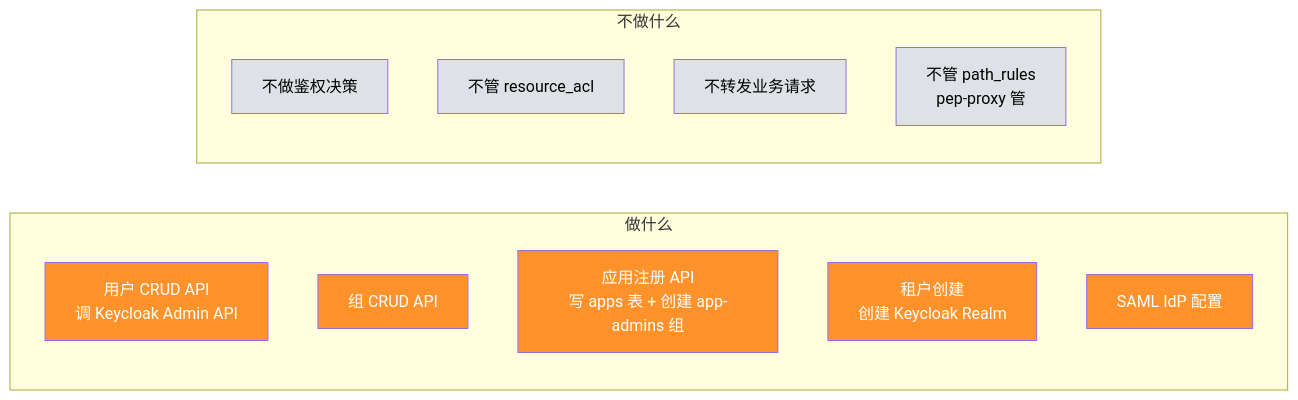
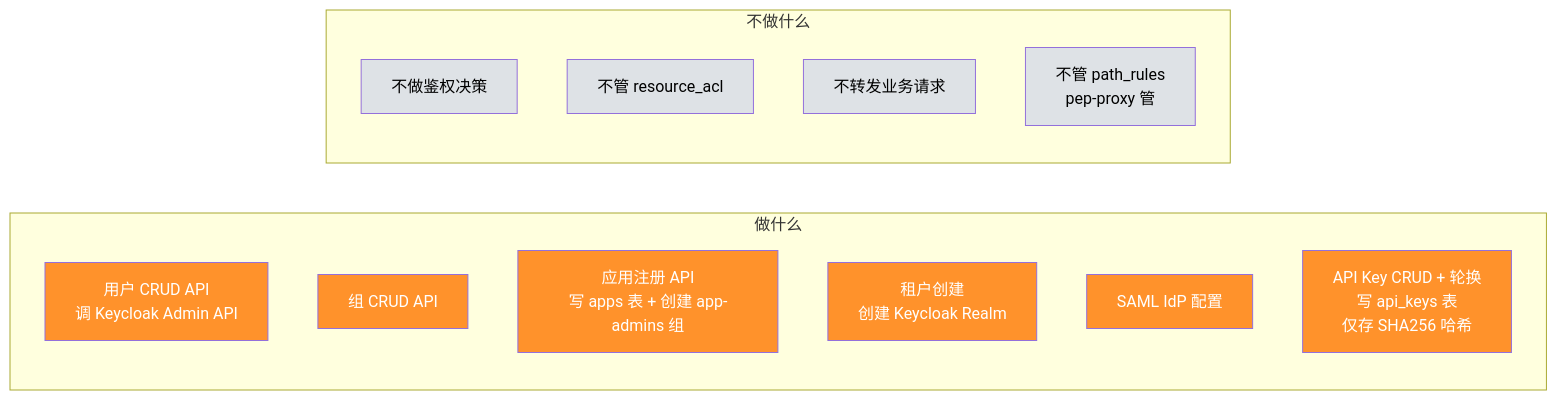
Before and after one commit to xiewanchao/aidp-iam: the tenth of 12 diagrams in diagrams/component-responsibility.md, drawn with Mermaid. The commit also changed other lines of this file and 2 other files, not shown here.

First line of the commit message:
docs: sync remaining design docs to v2.1 (API Key + flexible adaptation)

````diff
--- a/diagrams/component-responsibility.md
+++ b/diagrams/component-responsibility.md
@@ -378,27 +513,29 @@
 ```mermaid
 flowchart LR
     subgraph 做什么
         A1[用户 CRUD API<br/>调 Keycloak Admin API]
         A2[组 CRUD API]
         A3[应用注册 API<br/>写 apps 表 + 创建 app-admins 组]
         A4[租户创建<br/>创建 Keycloak Realm]
         A5[SAML IdP 配置]
+        A6[API Key CRUD + 轮换<br/>写 api_keys 表<br/>仅存 SHA256 哈希]
     end
 
     subgraph 不做什么
         B1[不做鉴权决策]
         B2[不管 resource_acl]
         B3[不转发业务请求]
         B4[不管 path_rules<br/>pep-proxy 管]
     end
 
     style A1 fill:#ff922b,color:#fff
     style A2 fill:#ff922b,color:#fff
     style A3 fill:#ff922b,color:#fff
     style A4 fill:#ff922b,color:#fff
     style A5 fill:#ff922b,color:#fff
+    style A6 fill:#ff922b,color:#fff
     style B1 fill:#dee2e6,color:#000
     style B2 fill:#dee2e6,color:#000
     style B3 fill:#dee2e6,color:#000
     style B4 fill:#dee2e6,color:#000
 ```
````
